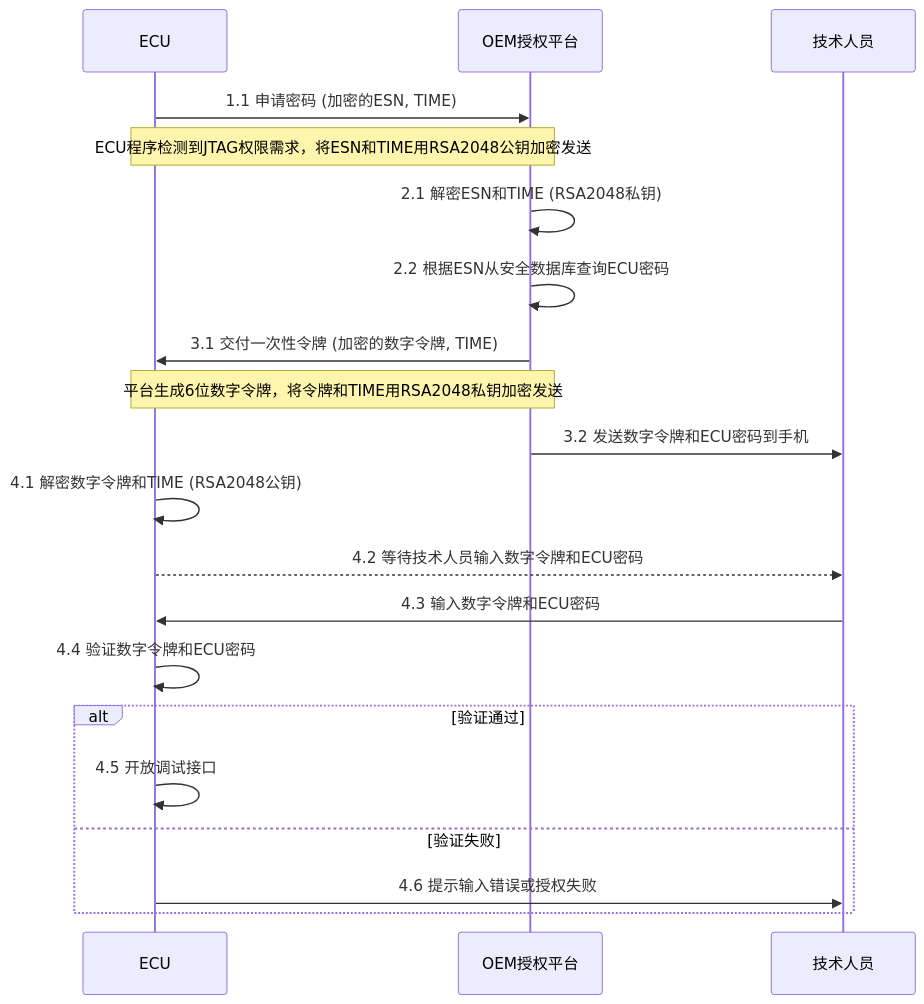
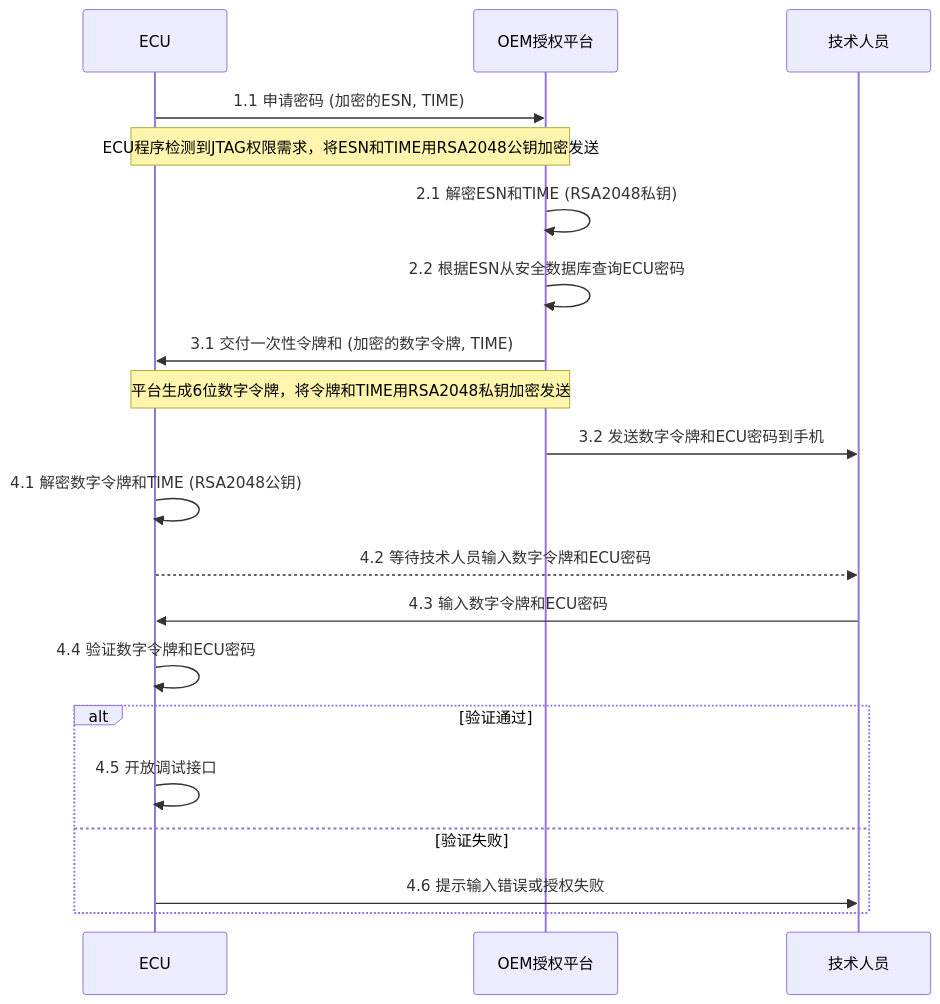
Before and after one commit to facebook-cloud/iodraw-files: the diagram in all/未命名-2.md, drawn with Mermaid.

Commit message:
2025-12-31 17:55:47 update

````diff
--- a/all/未命名-2.md
+++ b/all/未命名-2.md
@@ -1,24 +1,24 @@
 ```mermaid
 sequenceDiagram
     participant ECU
     participant OEM授权平台
     participant 技术人员
 
     ECU->>OEM授权平台: 1.1 申请密码 (加密的ESN, TIME)
     Note over ECU,OEM授权平台: ECU程序检测到JTAG权限需求，将ESN和TIME用RSA2048公钥加密发送
     OEM授权平台->>OEM授权平台: 2.1 解密ESN和TIME (RSA2048私钥)
     OEM授权平台->>OEM授权平台: 2.2 根据ESN从安全数据库查询ECU密码
-    OEM授权平台->>ECU: 3.1 交付一次性令牌 (加密的数字令牌, TIME)
+    OEM授权平台->>ECU: 3.1 交付一次性令牌和 (加密的数字令牌, TIME)
     Note over OEM授权平台,ECU: 平台生成6位数字令牌，将令牌和TIME用RSA2048私钥加密发送
     OEM授权平台->>技术人员: 3.2 发送数字令牌和ECU密码到手机
     ECU->>ECU: 4.1 解密数字令牌和TIME (RSA2048公钥)
     ECU-->>技术人员: 4.2 等待技术人员输入数字令牌和ECU密码
     技术人员->>ECU: 4.3 输入数字令牌和ECU密码
     ECU->>ECU: 4.4 验证数字令牌和ECU密码
     alt 验证通过
         ECU->>ECU: 4.5 开放调试接口
     else 验证失败
         ECU->>技术人员: 4.6 提示输入错误或授权失败
     end
 
 ```
````
